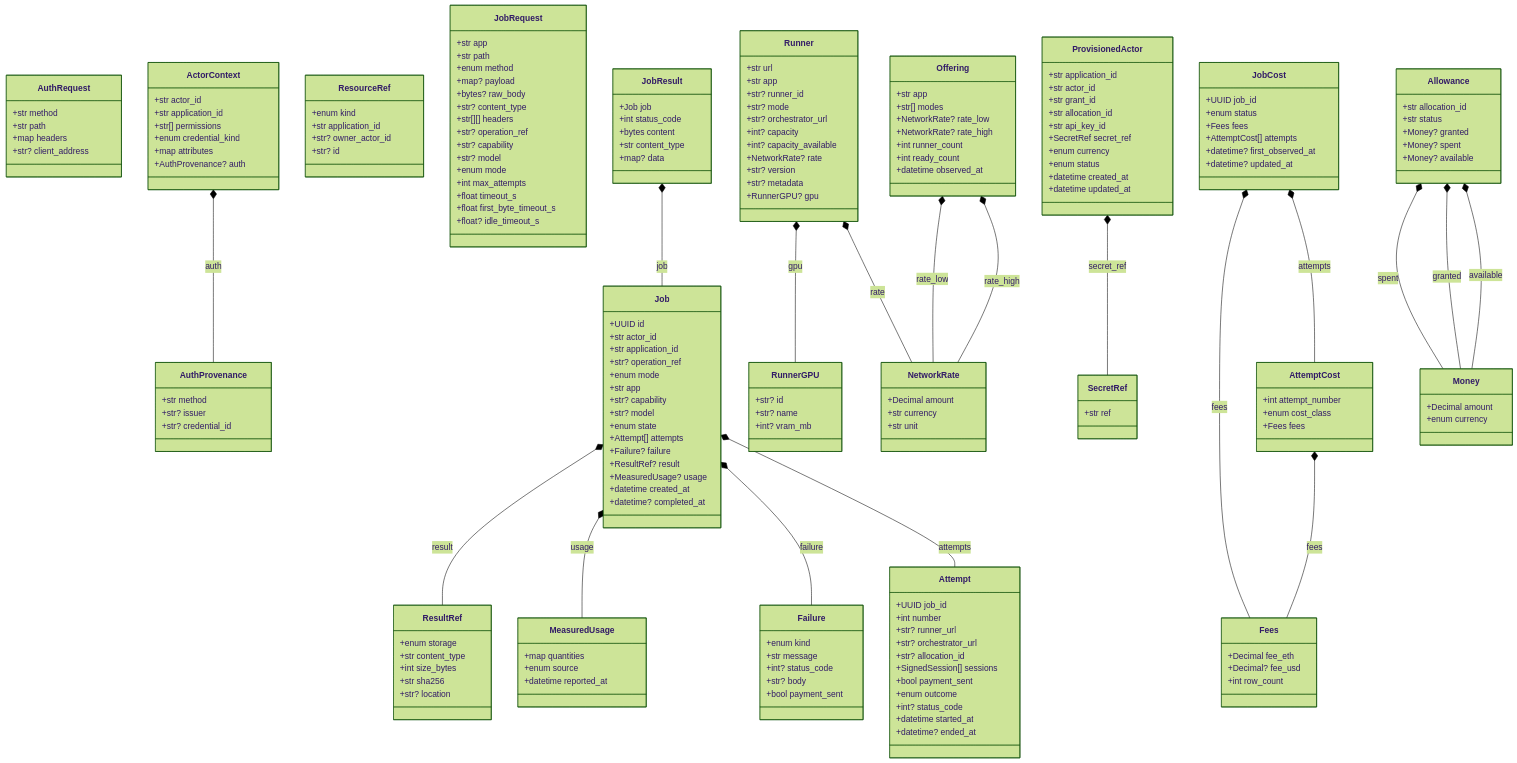
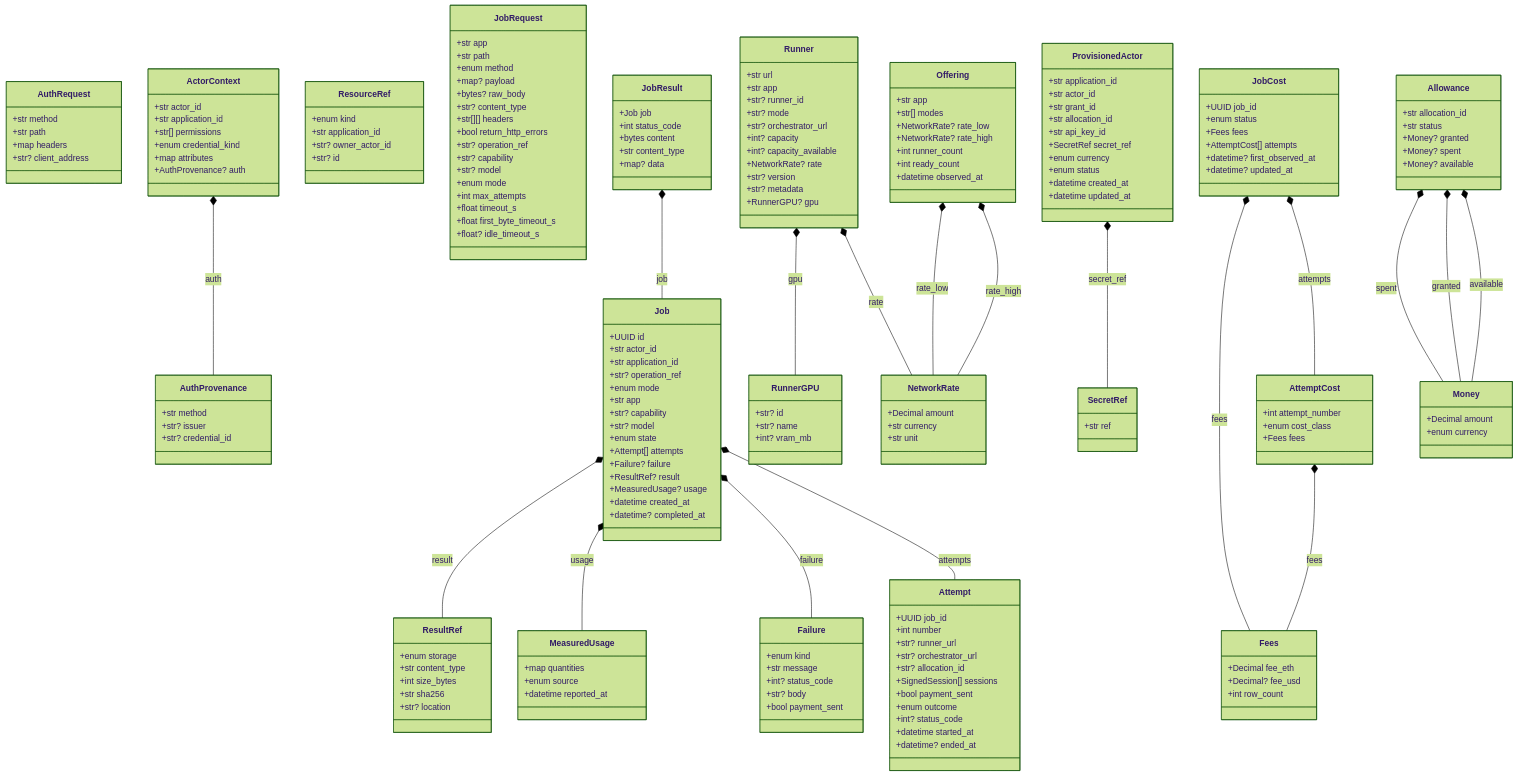
Before and after one commit to NE-Build-Track/livepeer-builder-core: the diagram in docs/generated/contracts.md, drawn with Mermaid (forest theme). The commit also changed 17 other files, not shown here.

```diff
--- a/docs/generated/contracts.md
+++ b/docs/generated/contracts.md
@@ -39,6 +39,7 @@
         +bytes? raw_body
         +str? content_type
         +str[][] headers
+        +bool return_http_errors
         +str? operation_ref
         +str? capability
         +str? model
```
